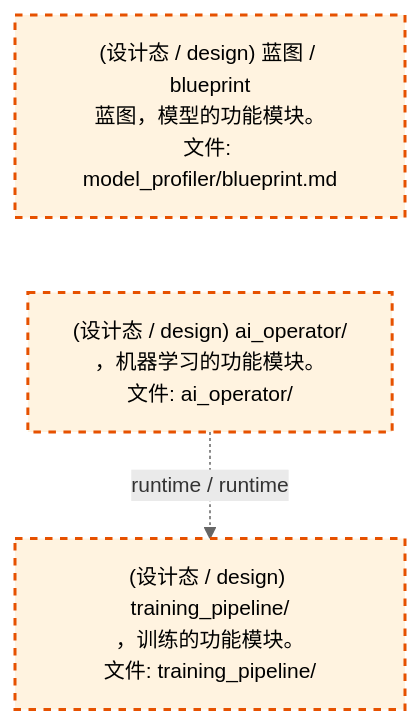
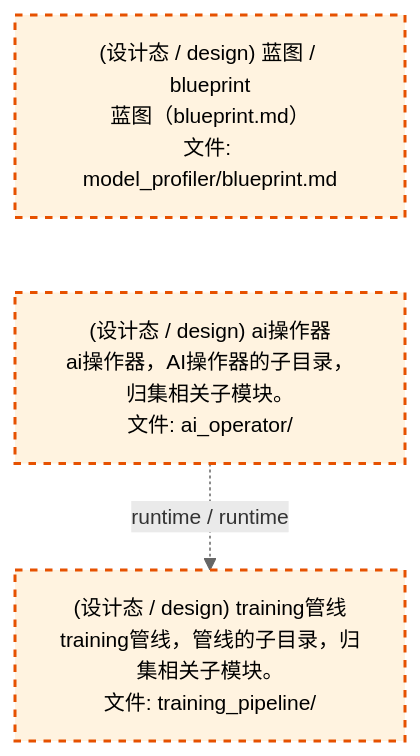
One commit to xuanFelixVan/ZephyrAlpha changed the third of 4 diagrams in docs/02_enterprise_architecture/02_domain_architecture_docs/61_d_ml_train.md. Above: the diagram before and after it, drawn with Mermaid. The commit also changed other lines of this file and 50 other files, not shown here.

````diff
--- a/docs/02_enterprise_architecture/02_domain_architecture_docs/61_d_ml_train.md
+++ b/docs/02_enterprise_architecture/02_domain_architecture_docs/61_d_ml_train.md
@@ -119,14 +119,14 @@
 ```mermaid
 %%{init: {'theme': 'base', 'themeVariables': {'primaryColor': '#eaeaea', 'primaryTextColor': '#333333', 'primaryBorderColor': '#666666', 'lineColor': '#666666', 'secondaryColor': '#eaeaea', 'tertiaryColor': '#eaeaea', 'fontSize': '14px'}}}%%
 flowchart TD
-    docs_03_modules_cross_layer_model_profiler_blueprint_md["(设计态 / design) 蓝图 / blueprint<br/>蓝图，模型的功能模块。<br/>文件: model_profiler/blueprint.md"]
-    src_zephyr_ml_train_ai_operator["(设计态 / design) ai_operator/<br/>，机器学习的功能模块。<br/>文件: ai_operator/"]
+    docs_03_modules_cross_layer_model_profiler_blueprint_md["(设计态 / design) 蓝图 / blueprint<br/>蓝图（blueprint.md）<br/>文件: model_profiler/blueprint.md"]
+    src_zephyr_ml_train_ai_operator["(设计态 / design) ai操作器<br/>ai操作器，AI操作器的子目录，归集相关子模块。<br/>文件: ai_operator/"]
     docs_03_modules_cross_layer_model_profiler_blueprint_md ~~~ src_zephyr_ml_train_ai_operator
-    src_zephyr_ml_train_training_pipeline["(设计态 / design) training_pipeline/<br/>，训练的功能模块。<br/>文件: training_pipeline/"]
+    src_zephyr_ml_train_training_pipeline["(设计态 / design) training管线<br/>training管线，管线的子目录，归集相关子模块。<br/>文件: training_pipeline/"]
     src_zephyr_ml_train_ai_operator -.->|runtime / runtime| src_zephyr_ml_train_training_pipeline
     classDef production fill:#e1f5fe,stroke:#01579b,stroke-width:2px,color:#000
     classDef design fill:#fff3e0,stroke:#e65100,stroke-width:2px,color:#000,stroke-dasharray: 5 5
     classDef external_prod fill:#e8f4fd,stroke:#0277bd,stroke-width:1px,color:#000
     classDef external_design fill:#fff8e7,stroke:#ef6c00,stroke-width:1px,color:#000,stroke-dasharray: 5 5
     class docs_03_modules_cross_layer_model_profiler_blueprint_md,src_zephyr_ml_train_ai_operator,src_zephyr_ml_train_training_pipeline design
 ```
````
